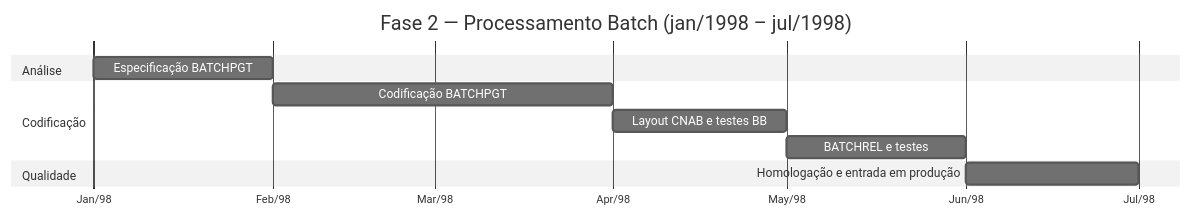
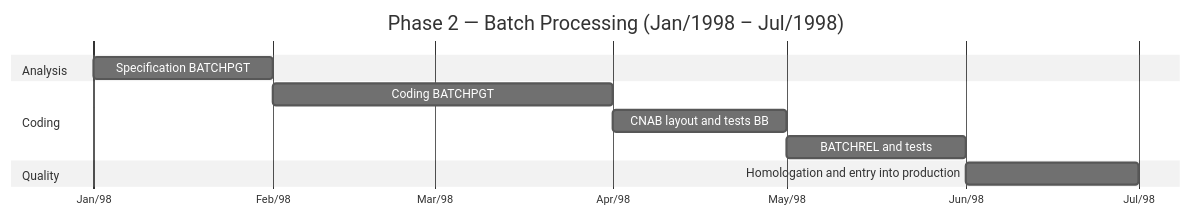
The sixth of 6 diagrams in 01-arqueologia/legado-sifap/legacy-docs/ARQUITETURA-ORIGINAL-1997.md (paulasilvatech/datacorp-mm-team-kit), drawn with Mermaid before and after one commit. The commit also changed other lines of this file and 169 other files, not shown here.

````diff
--- a/01-arqueologia/legado-sifap/legacy-docs/ARQUITETURA-ORIGINAL-1997.md
+++ b/01-arqueologia/legado-sifap/legacy-docs/ARQUITETURA-ORIGINAL-1997.md
@@ -505,18 +505,18 @@
 ```mermaid
 %%{init: {'theme':'neutral','themeVariables':{'fontFamily':'ui-sans-serif, system-ui, sans-serif','primaryColor':'#F5F5F5','primaryTextColor':'#171717','primaryBorderColor':'#171717','lineColor':'#525252','secondaryColor':'#FFFFFF','tertiaryColor':'#FAFAFA','background':'#FFFFFF'}}}%%
 gantt
-    title Fase 2 — Processamento Batch (jan/1998 – jul/1998)
+    title Phase 2 — Batch Processing (Jan/1998 – Jul/1998)
     dateFormat YYYY-MM
     axisFormat %b/%y
 
-    section Análise
-    Especificação BATCHPGT           :b1, 1998-01, 1M
+    section Analysis
+    Specification BATCHPGT :b1, 1998-01, 1M
 
-    section Codificação
-    Codificação BATCHPGT             :b2, 1998-02, 2M
-    Layout CNAB e testes BB          :b3, 1998-04, 1M
-    BATCHREL e testes                :b4, 1998-05, 1M
+    section Coding
+    Coding BATCHPGT :b2, 1998-02, 2M
+    CNAB layout and tests BB :b3, 1998-04, 1M
+    BATCHREL and tests :b4, 1998-05, 1M
 
-    section Qualidade
-    Homologação e entrada em produção :b5, 1998-06, 1M
+    section Quality
+    Homologation and entry into production:b5, 1998-06, 1M
 ```
````
